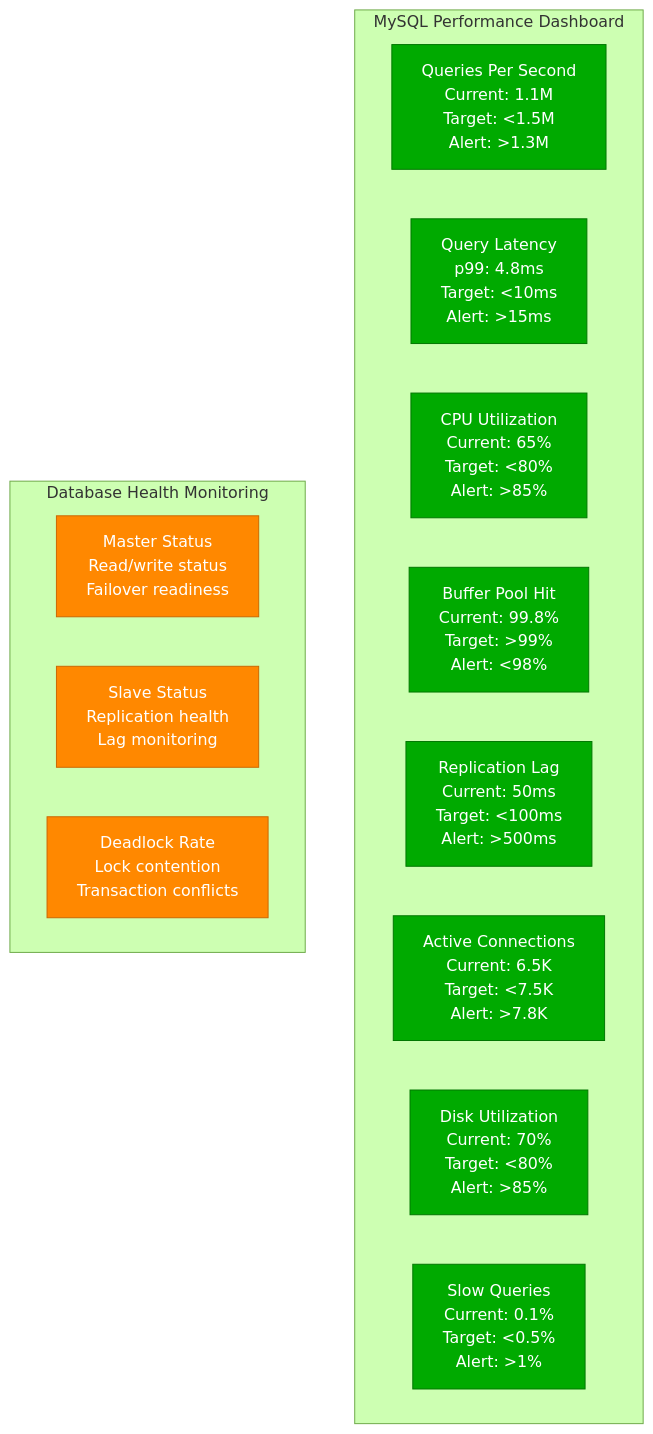
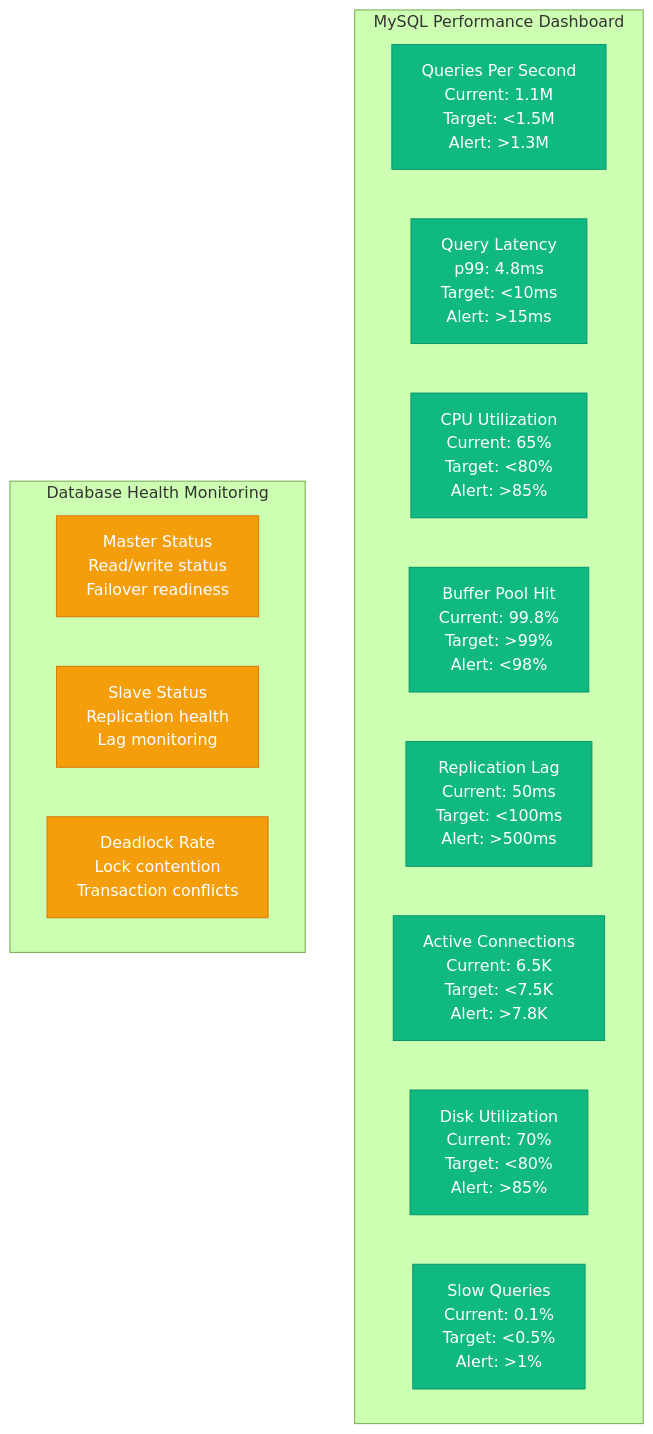
The seventh of 7 diagrams in site/docs/performance/mysql-1m-qps-performance.md (deepaucksharma/DS), drawn with Mermaid (forest theme) before and after one commit. The commit also changed other lines of this file and 187 other files, not shown here.

````diff
--- a/site/docs/performance/mysql-1m-qps-performance.md
+++ b/site/docs/performance/mysql-1m-qps-performance.md
@@ -422,34 +422,34 @@
 ```mermaid
 graph TB
     subgraph Metrics[MySQL Performance Dashboard]
         QPS[Queries Per Second<br/>Current: 1.1M<br/>Target: <1.5M<br/>Alert: >1.3M]
 
         LATENCY[Query Latency<br/>p99: 4.8ms<br/>Target: <10ms<br/>Alert: >15ms]
 
         CPU[CPU Utilization<br/>Current: 65%<br/>Target: <80%<br/>Alert: >85%]
 
         BUFFER[Buffer Pool Hit<br/>Current: 99.8%<br/>Target: >99%<br/>Alert: <98%]
 
         REPL_LAG[Replication Lag<br/>Current: 50ms<br/>Target: <100ms<br/>Alert: >500ms]
 
         CONNECTIONS[Active Connections<br/>Current: 6.5K<br/>Target: <7.5K<br/>Alert: >7.8K]
 
         DISK[Disk Utilization<br/>Current: 70%<br/>Target: <80%<br/>Alert: >85%]
 
         SLOW_QUERIES[Slow Queries<br/>Current: 0.1%<br/>Target: <0.5%<br/>Alert: >1%]
     end
 
     subgraph Health[Database Health Monitoring]
         MASTER[Master Status<br/>Read/write status<br/>Failover readiness]
 
         SLAVES[Slave Status<br/>Replication health<br/>Lag monitoring]
 
         DEADLOCKS[Deadlock Rate<br/>Lock contention<br/>Transaction conflicts]
     end
 
-    classDef metricStyle fill:#00AA00,stroke:#007700,color:#fff
-    classDef healthStyle fill:#FF8800,stroke:#CC6600,color:#fff
+    classDef metricStyle fill:#10B981,stroke:#059669,color:#fff
+    classDef healthStyle fill:#F59E0B,stroke:#D97706,color:#fff
 
     class QPS,LATENCY,CPU,BUFFER,REPL_LAG,CONNECTIONS,DISK,SLOW_QUERIES metricStyle
     class MASTER,SLAVES,DEADLOCKS healthStyle
 ```
````
